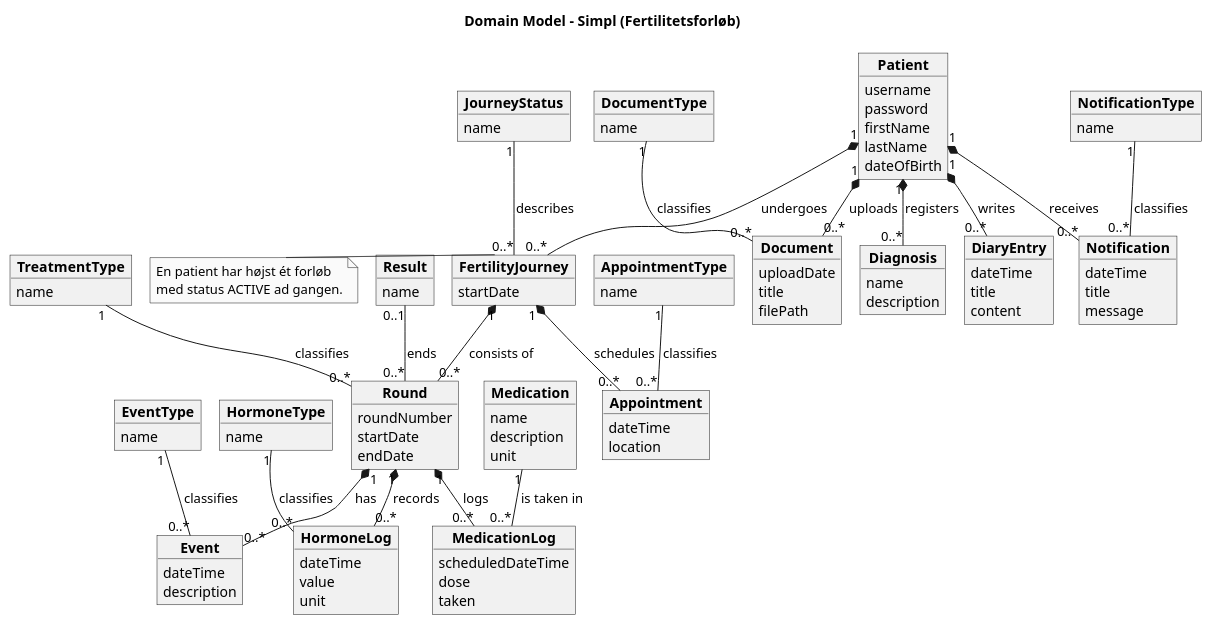
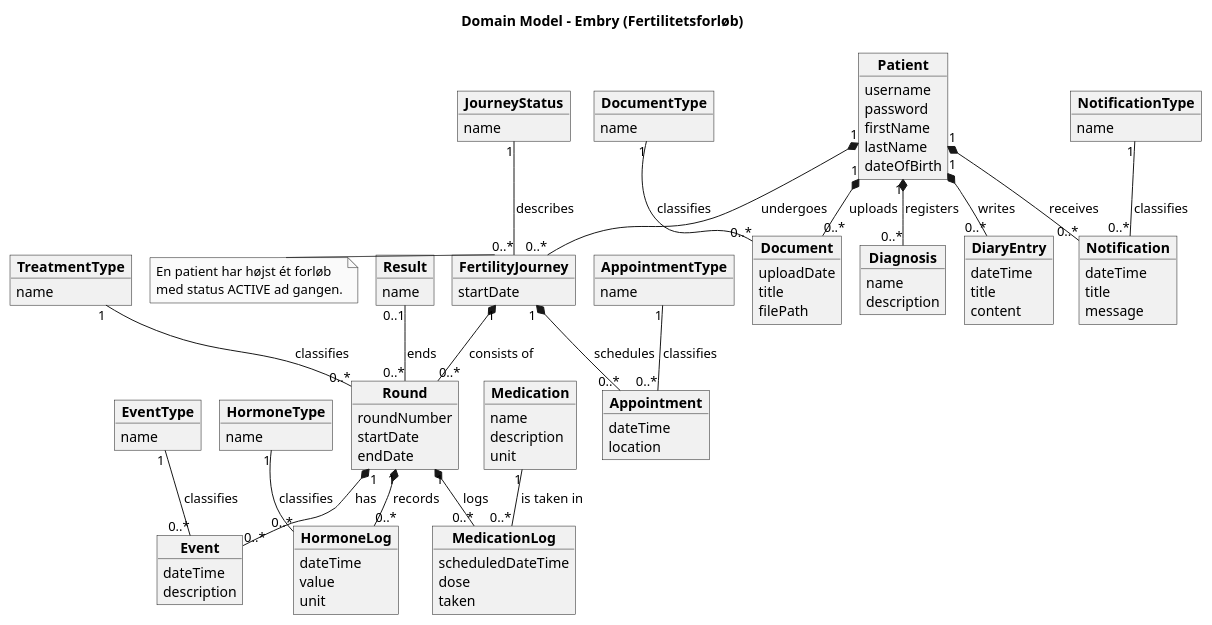
Before and after one commit to BesimaP/Simpl-PET-project: the diagram in doc/static/Domænemodel1.puml, drawn with PlantUML. The commit also changed 44 other files, not shown here.

First line of the commit message:
Omdøb Simpl til Embry

```diff
--- a/doc/static/Domænemodel1.puml
+++ b/doc/static/Domænemodel1.puml
@@ -1,155 +1,155 @@
 @startuml
 !pragma layout smetana
 skinparam monochrome true
 
-title Domain Model - Simpl (Fertilitetsforløb)
+title Domain Model - Embry (Fertilitetsforløb)
 
 ' ---------- Patient (US5, US6, US7) ----------
 
 ' UserAccount er samlet ind i Patient (uge 41): de var 1-1 og oprettes altid sammen
 object "<b>Patient</b>" as Patient {
   username
   password
   firstName
   lastName
   dateOfBirth
 }
 
 object "<b>Diagnosis</b>" as Diagnosis {
   name
   description
 }
 
 ' ---------- Forløb og runde (US1, US10) ----------
 
 object "<b>FertilityJourney</b>" as Journey {
   startDate
 }
 
 object "<b>Round</b>" as Round {
   roundNumber
   startDate
   endDate
 }
 
 ' ---------- Ting på forløbet (US3) ----------
 
 object "<b>Appointment</b>" as Appointment {
   dateTime
   location
 }
 
 ' DiaryEntry ligger på patienten (ændret uge 40): dagbog skal kunne bruges før, mellem og efter forløb
 object "<b>DiaryEntry</b>" as DiaryEntry {
   dateTime
   title
   content
 }
 
 ' ---------- Ting på runden (US2, US8, US9) + Document på patienten (US11) ----------
 
 object "<b>Event</b>" as Event {
   dateTime
   description
 }
 
 object "<b>Medication</b>" as Medication {
   name
   description
   unit
 }
 
 object "<b>MedicationLog</b>" as MedicationLog {
   scheduledDateTime
   dose
   taken
 }
 
 object "<b>HormoneLog</b>" as HormoneLog {
   dateTime
   value
   unit
 }
 
 ' Document ligger på patienten (ændret uge 41): fx henvisning og blodprøvesvar kommer før første runde
 object "<b>Document</b>" as Document {
   uploadDate
   title
   filePath
 }
 
 ' ---------- Notifikationer (US12) ----------
 ' isRead står ikke her (vejledning aug.): læst/ulæst er et acceptkriterie på US12; kolonnen is_read findes kun i databasen
 
 object "<b>Notification</b>" as Notification {
   dateTime
   title
   message
 }
 
 ' ---------- Typer (uge 41): hver type har sin egen tabel, ligesom Medication ----------
 ' Round har ingen status mere: en runde er i gang, så længe endDate er tom
 
 object "<b>JourneyStatus</b>" as JourneyStatus {
   name
 }
 
 object "<b>TreatmentType</b>" as TreatmentType {
   name
 }
 
 object "<b>Result</b>" as Result {
   name
 }
 
 object "<b>AppointmentType</b>" as AppointmentType {
   name
 }
 
 object "<b>EventType</b>" as EventType {
   name
 }
 
 object "<b>HormoneType</b>" as HormoneType {
   name
 }
 
 object "<b>DocumentType</b>" as DocumentType {
   name
 }
 
 object "<b>NotificationType</b>" as NotificationType {
   name
 }
 
 ' ---------- Associationer ----------
 
 Patient "1" *-- "0..*" Diagnosis : registers >
 Patient "1" *-- "0..*" Journey : undergoes >
 Patient "1" *-- "0..*" Notification : receives >
 Patient "1" *-- "0..*" DiaryEntry : writes >
 Patient "1" *-- "0..*" Document : uploads >
 
 Journey "1" *-- "0..*" Round : consists of >
 Journey "1" *-- "0..*" Appointment : schedules >
 
 Round "1" *-- "0..*" Event : has >
 Round "1" *-- "0..*" HormoneLog : records >
 Round "1" *-- "0..*" MedicationLog : logs >
 Medication "1" -- "0..*" MedicationLog : is taken in >
 
 JourneyStatus "1" -- "0..*" Journey : describes >
 TreatmentType "1" -- "0..*" Round : classifies >
 Result "0..1" -- "0..*" Round : ends >
 AppointmentType "1" -- "0..*" Appointment : classifies >
 EventType "1" -- "0..*" Event : classifies >
 HormoneType "1" -- "0..*" HormoneLog : classifies >
 DocumentType "1" -- "0..*" Document : classifies >
 NotificationType "1" -- "0..*" Notification : classifies >
 
 note left of Journey
   En patient har højst ét forløb
   med status ACTIVE ad gangen.
 end note
 
 @enduml
```
